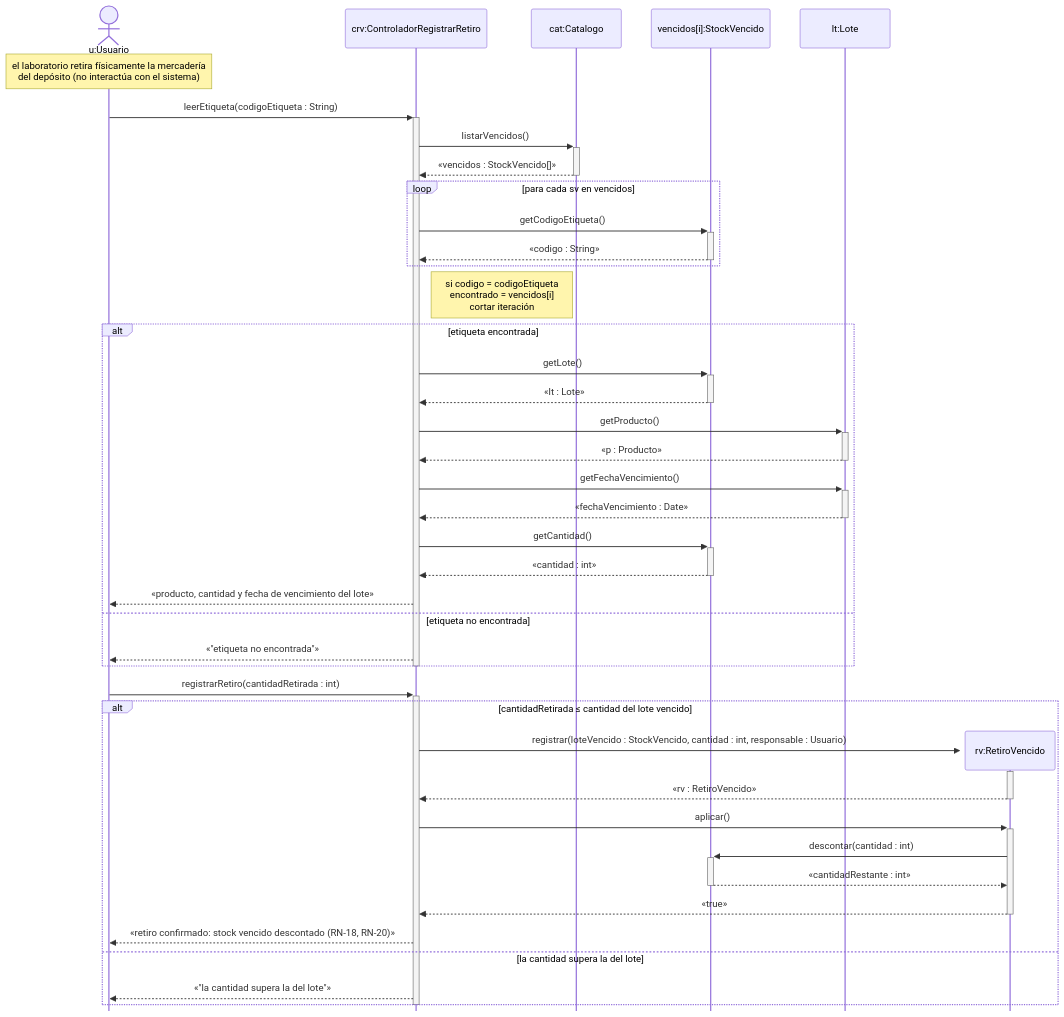
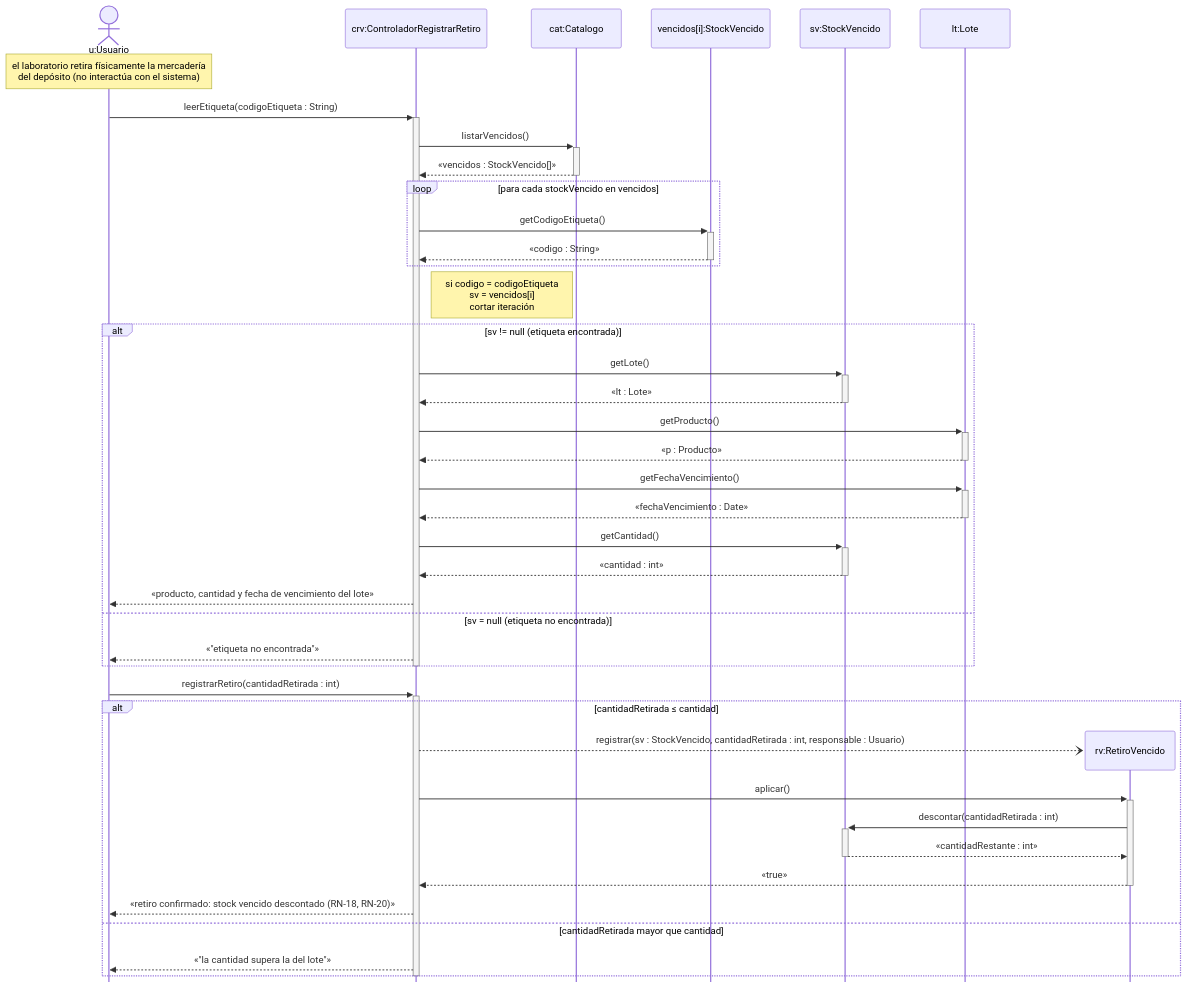
One commit to cirotop/Stock-Project changed the tenth of 12 diagrams in 08-Diagrama De Secuencia/Diagramas_de_Secuencia.md. Above: the diagram before and after it, drawn with Mermaid. The commit also changed other lines of this file, not shown here.

````diff
--- a/08-Diagrama De Secuencia/Diagramas_de_Secuencia.md
+++ b/08-Diagrama De Secuencia/Diagramas_de_Secuencia.md
@@ -338,48 +374,48 @@
 ```mermaid
 %%{init: {"sequence": {"mirrorActors": false}, "themeCSS": ".loopLine { stroke-dasharray: none !important; stroke-width: 1.5px !important; }"}}%%
 sequenceDiagram
     actor u as u:Usuario
     participant crv as crv:ControladorRegistrarRetiro
     participant cat as cat:Catalogo
-    participant sv as vencidos[i]:StockVencido
+    participant vi as vencidos[i]:StockVencido
+    participant sv as sv:StockVencido
     participant lt as lt:Lote
 
     Note over u: el laboratorio retira físicamente la mercadería<br/>del depósito (no interactúa con el sistema)
     u->>+crv: leerEtiqueta(codigoEtiqueta : String)
     crv->>+cat: listarVencidos()
     cat-->>-crv: «vencidos : StockVencido[]»
-    loop para cada sv en vencidos
-        crv->>+sv: getCodigoEtiqueta()
-        sv-->>-crv: «codigo : String»
+    loop para cada stockVencido en vencidos
+        crv->>+vi: getCodigoEtiqueta()
+        vi-->>-crv: «codigo : String»
     end
-    Note right of crv: si codigo = codigoEtiqueta<br/>encontrado = vencidos[i]<br/>cortar iteración
-    alt etiqueta encontrada
+    Note right of crv: si codigo = codigoEtiqueta<br/>sv = vencidos[i]<br/>cortar iteración
+    alt sv != null (etiqueta encontrada)
         crv->>+sv: getLote()
         sv-->>-crv: «lt : Lote»
         crv->>+lt: getProducto()
         lt-->>-crv: «p : Producto»
         crv->>+lt: getFechaVencimiento()
         lt-->>-crv: «fechaVencimiento : Date»
         crv->>+sv: getCantidad()
         sv-->>-crv: «cantidad : int»
         crv-->>u: «producto, cantidad y fecha de vencimiento del lote»
-    else etiqueta no encontrada
+    else sv = null (etiqueta no encontrada)
         crv-->>u: «"etiqueta no encontrada"»
     end
     deactivate crv
 
     u->>+crv: registrarRetiro(cantidadRetirada : int)
-    alt cantidadRetirada ≤ cantidad del lote vencido
+    alt cantidadRetirada ≤ cantidad
         create participant rv as rv:RetiroVencido
-        crv->>+rv: registrar(loteVencido : StockVencido, cantidad : int, responsable : Usuario)
-        rv-->>-crv: «rv : RetiroVencido»
+        crv--)rv: registrar(sv : StockVencido, cantidadRetirada : int, responsable : Usuario)
         crv->>+rv: aplicar()
-        rv->>+sv: descontar(cantidad : int)
+        rv->>+sv: descontar(cantidadRetirada : int)
         sv-->>-rv: «cantidadRestante : int»
         rv-->>-crv: «true»
         crv-->>u: «retiro confirmado: stock vencido descontado (RN-18, RN-20)»
-    else la cantidad supera la del lote
+    else cantidadRetirada mayor que cantidad
         crv-->>u: «"la cantidad supera la del lote"»
     end
     deactivate crv
 ```
````
